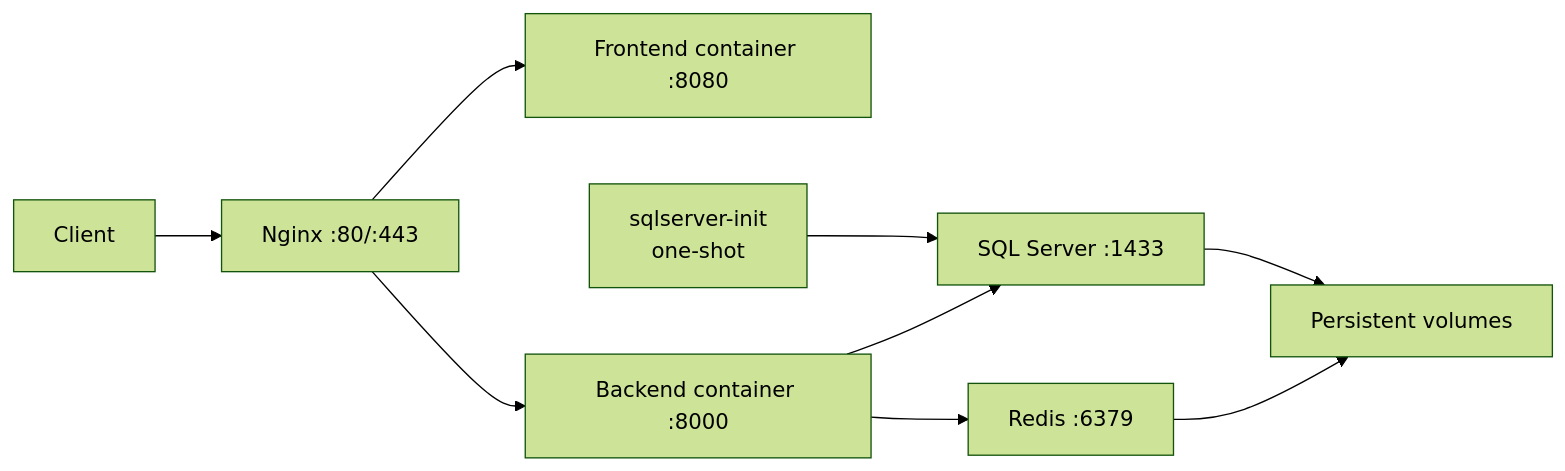
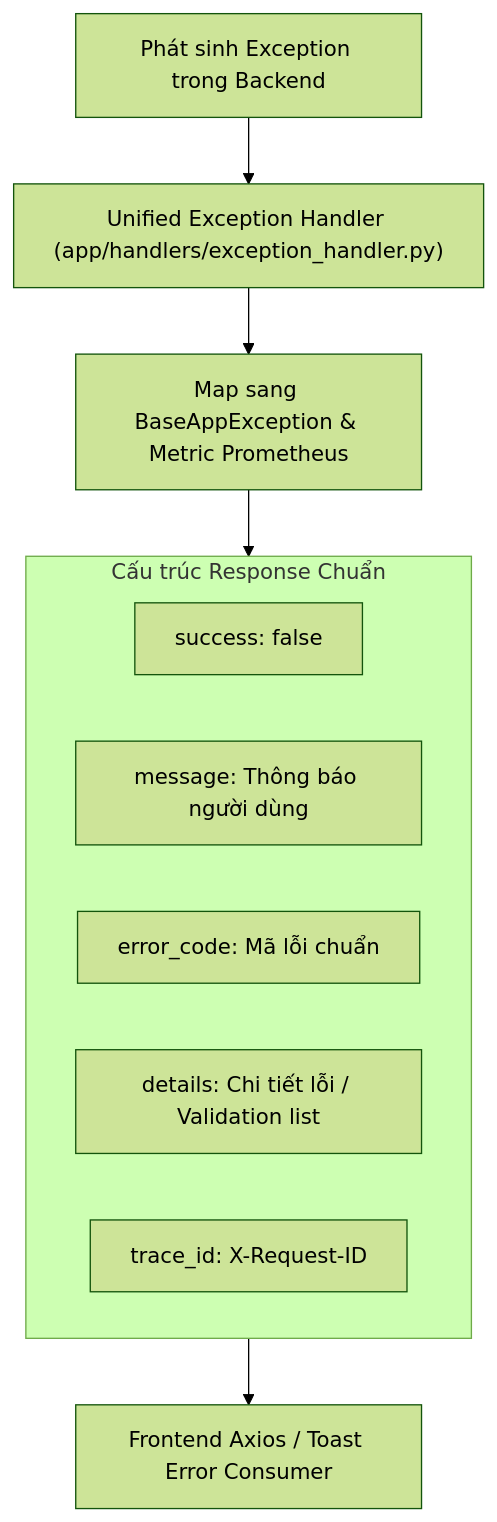
Before and after one commit to huynhlethanhnhan/TaskSyncEnterprise: the sixth of 7 diagrams in docs/architecture/SYSTEM_ARCHITECTURE.md, drawn with Mermaid (forest theme). The commit also changed other lines of this file and 23 other files, not shown here.

````diff
--- a/docs/architecture/SYSTEM_ARCHITECTURE.md
+++ b/docs/architecture/SYSTEM_ARCHITECTURE.md
@@ -136,20 +188,20 @@
 ```mermaid
-flowchart LR
-    Internet["Client"]
-    Proxy["Nginx :80/:443"]
-    FE["Frontend container :8080"]
-    BE["Backend container :8000"]
-    Init["sqlserver-init\none-shot"]
-    SQL["SQL Server :1433"]
-    Redis["Redis :6379"]
-    Volume["Persistent volumes"]
+flowchart TD
+    Exception["Phát sinh Exception trong Backend"]
+    CatchHandler["Unified Exception Handler (app/handlers/exception_handler.py)"]
+    MapStandard["Map sang BaseAppException & Metric Prometheus"]
 
-    Internet --> Proxy
-    Proxy --> FE
-    Proxy --> BE
-    Init --> SQL
-    BE --> SQL
-    BE --> Redis
-    SQL --> Volume
-    Redis --> Volume
+    Exception --> CatchHandler
+    CatchHandler --> MapStandard
+
+    subgraph ErrorResponseEnvelope ["Cấu trúc Response Chuẩn"]
+        Success["success: false"]
+        Message["message: Thông báo người dùng"]
+        ErrorCode["error_code: Mã lỗi chuẩn"]
+        Details["details: Chi tiết lỗi / Validation list"]
+        TraceId["trace_id: X-Request-ID"]
+    end
+
+    MapStandard --> ErrorResponseEnvelope
+    ErrorResponseEnvelope --> ClientToast["Frontend Axios / Toast Error Consumer"]
 ```
````
